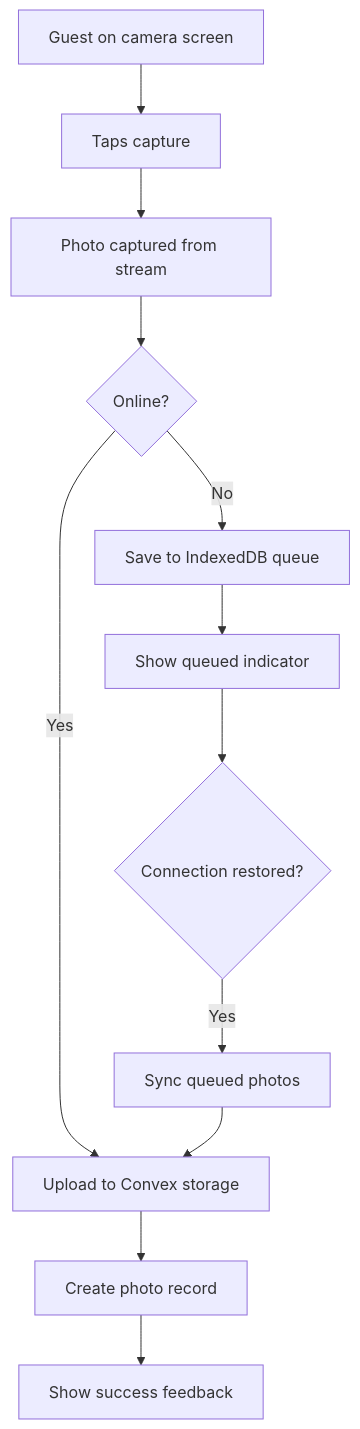
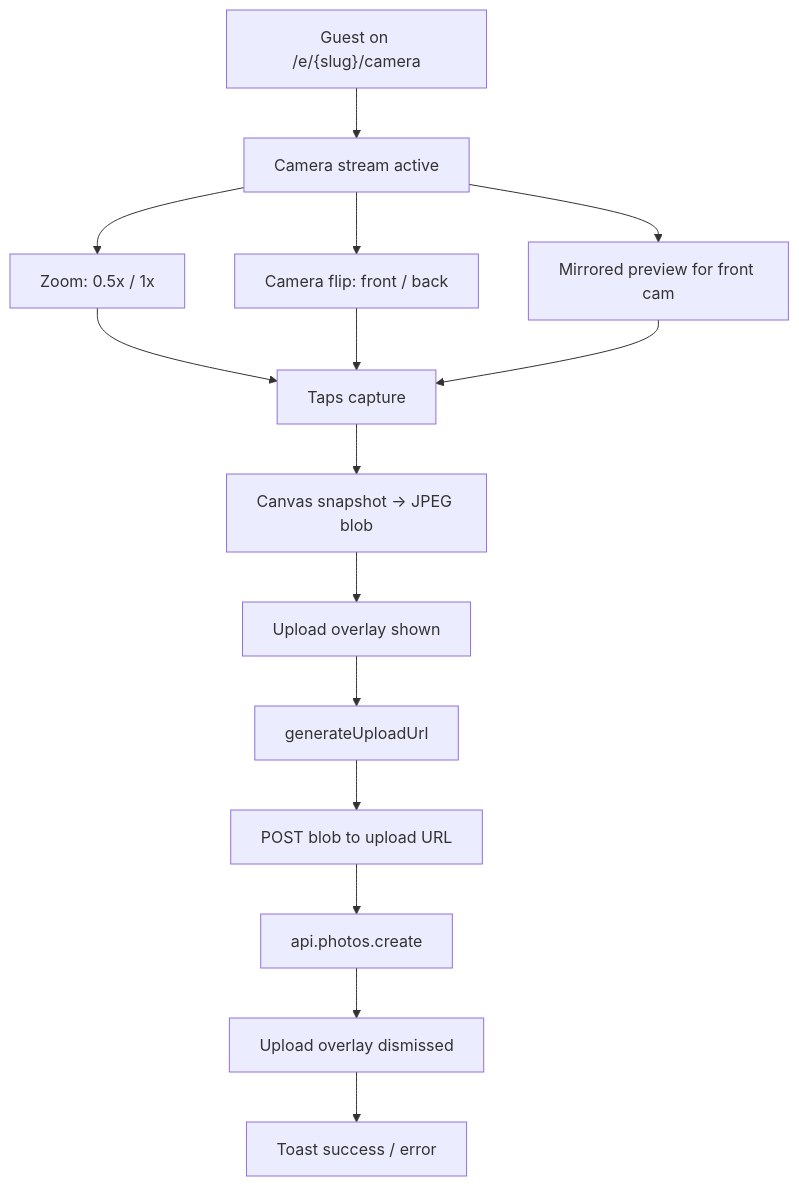
One commit to nova-chrome/WeWitnessed changed the fourth of 9 diagrams in docs/user-flows.md. Above: the diagram before and after it, drawn with Mermaid. The commit also changed other lines of this file and 6 other files, not shown here.

````diff
--- a/docs/user-flows.md
+++ b/docs/user-flows.md
@@ -53,14 +62,15 @@
 ```mermaid
 flowchart TD
-    A[Guest on camera screen] --> B[Taps capture]
-    B --> C[Photo captured from stream]
-    C --> D{Online?}
-    D -->|Yes| E[Upload to Convex storage]
-    E --> F[Create photo record]
-    F --> G[Show success feedback]
-    D -->|No| H[Save to IndexedDB queue]
-    H --> I[Show queued indicator]
-    I --> J{Connection restored?}
-    J -->|Yes| K[Sync queued photos]
-    K --> E
+    A["Guest on /e/{slug}/camera"] --> B[Camera stream active]
+    B --> B1[Zoom: 0.5x / 1x]
+    B --> B2[Camera flip: front / back]
+    B --> B3[Mirrored preview for front cam]
+    B1 & B2 & B3 --> C[Taps capture]
+    C --> D[Canvas snapshot → JPEG blob]
+    D --> E[Upload overlay shown]
+    E --> F[generateUploadUrl]
+    F --> G[POST blob to upload URL]
+    G --> H[api.photos.create]
+    H --> I[Upload overlay dismissed]
+    I --> J[Toast success / error]
 ```
````
